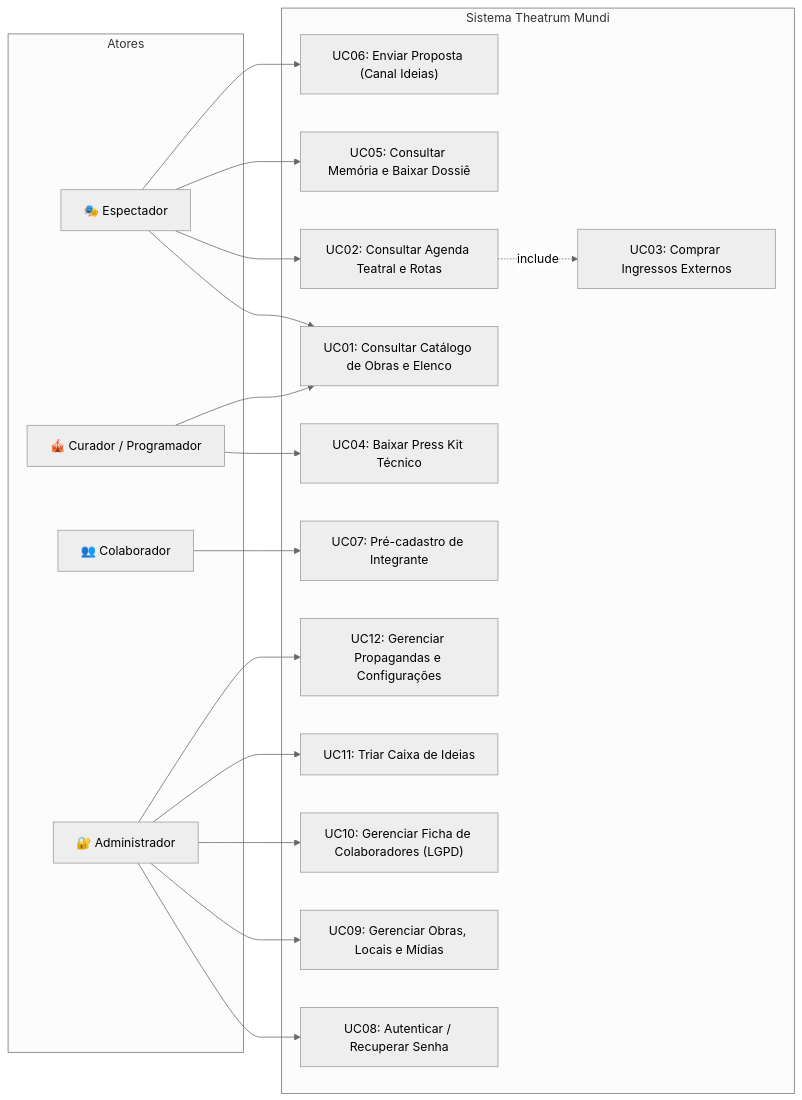
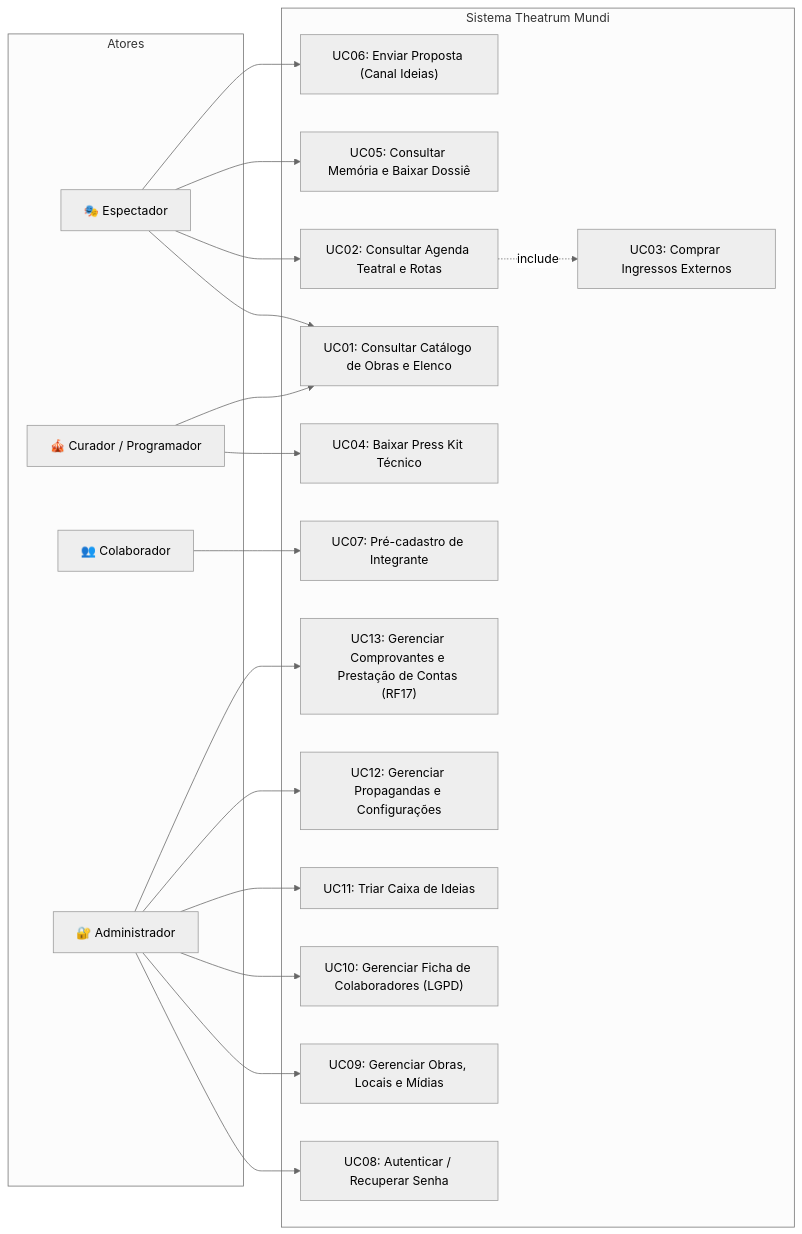
The diagram in docs/exercicios/exercicio_1_requisitos.md (pfFabio/projeto_teatro), drawn with Mermaid (neutral theme) before and after one commit. The commit also changed other lines of this file and 23 other files, not shown here.

First line of the commit message:
feat(comprovantes): implementa modulo de prestacao de contas com TDD (RF17)

````diff
--- a/docs/exercicios/exercicio_1_requisitos.md
+++ b/docs/exercicios/exercicio_1_requisitos.md
@@ -231,41 +245,43 @@
 ```mermaid
 flowchart LR
     subgraph Atores
         E["🎭 Espectador"]
         C["🎪 Curador / Programador"]
         Colab["👥 Colaborador"]
         Admin["🔐 Administrador"]
     end
 
     subgraph Sistema Theatrum Mundi
         UC01["UC01: Consultar Catálogo de Obras e Elenco"]
         UC02["UC02: Consultar Agenda Teatral e Rotas"]
         UC03["UC03: Comprar Ingressos Externos"]
         UC04["UC04: Baixar Press Kit Técnico"]
         UC05["UC05: Consultar Memória e Baixar Dossiê"]
         UC06["UC06: Enviar Proposta (Canal Ideias)"]
         UC07["UC07: Pré-cadastro de Integrante"]
         UC08["UC08: Autenticar / Recuperar Senha"]
         UC09["UC09: Gerenciar Obras, Locais e Mídias"]
         UC10["UC10: Gerenciar Ficha de Colaboradores (LGPD)"]
         UC11["UC11: Triar Caixa de Ideias"]
         UC12["UC12: Gerenciar Propagandas e Configurações"]
+        UC13["UC13: Gerenciar Comprovantes e Prestação de Contas (RF17)"]
     end
 
     E --> UC01
     E --> UC02
     UC02 -.->|include| UC03
     E --> UC05
     E --> UC06
 
     C --> UC04
     C --> UC01
 
     Colab --> UC07
 
     Admin --> UC08
     Admin --> UC09
     Admin --> UC10
     Admin --> UC11
     Admin --> UC12
+    Admin --> UC13
 ```
````
